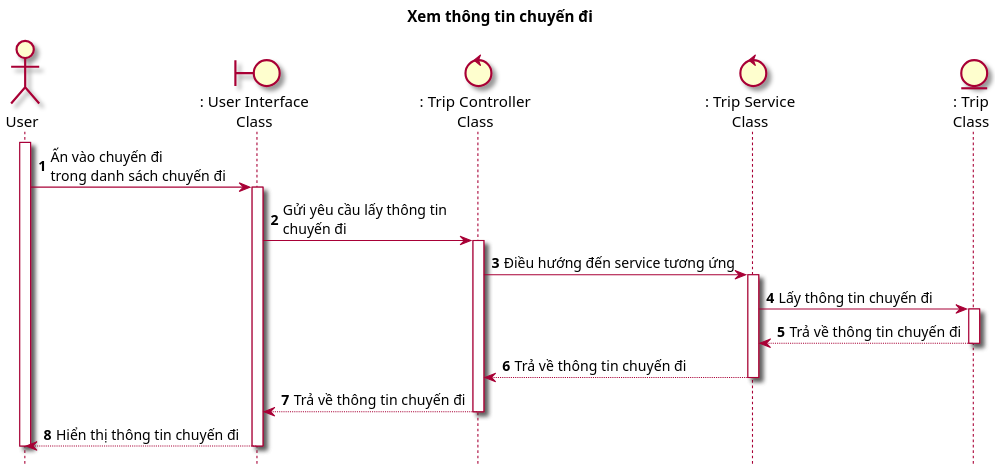
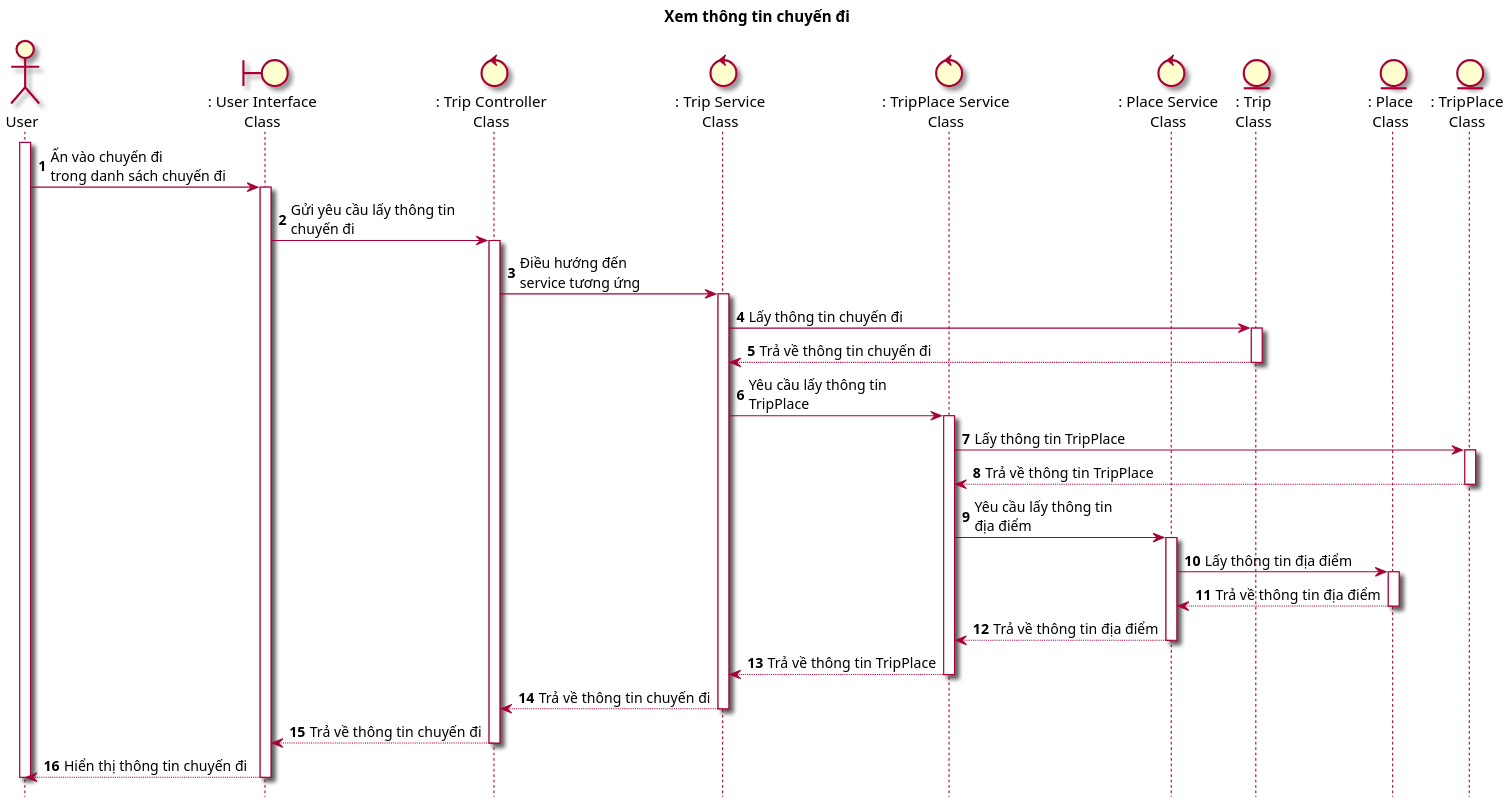
The diagram in Sequence/SEQ26_XemThongTinChuyenDi.puml (Griselda4774/WanderFun_Diagram), drawn with PlantUML before and after one commit.

Commit message:
update seq26

```diff
--- a/Sequence/SEQ26_XemThongTinChuyenDi.puml
+++ b/Sequence/SEQ26_XemThongTinChuyenDi.puml
@@ -1,27 +1,39 @@
 @startuml XemThongTinChuyenDi
 
 title Xem thông tin chuyến đi
 
 skin rose
 scale 2
 hide footbox
 
 actor User as user
 boundary ": User Interface\nClass" as ui
 control ": Trip Controller\nClass" as tc
 control ": Trip Service\nClass" as ts
+control ": TripPlace Service\nClass" as tps
+control ": Place Service\nClass" as ps
 entity ": Trip\nClass" as t
+entity ": Place\nClass" as p
+entity ": TripPlace\nClass" as tp
 
 autonumber
 user++
 user -> ui++ : Ấn vào chuyến đi\ntrong danh sách chuyến đi
 ui -> tc++ : Gửi yêu cầu lấy thông tin\nchuyến đi
-tc -> ts++ : Điều hướng đến service tương ứng
+tc -> ts++ : Điều hướng đến\nservice tương ứng
 ts -> t++ : Lấy thông tin chuyến đi
 t --> ts-- : Trả về thông tin chuyến đi
+ts -> tps++ : Yêu cầu lấy thông tin\nTripPlace
+tps -> tp++ : Lấy thông tin TripPlace
+tp --> tps-- : Trả về thông tin TripPlace
+tps -> ps++ : Yêu cầu lấy thông tin\nđịa điểm
+ps -> p++ : Lấy thông tin địa điểm
+p --> ps-- : Trả về thông tin địa điểm
+ps --> tps-- : Trả về thông tin địa điểm
+tps --> ts-- : Trả về thông tin TripPlace
 ts --> tc-- : Trả về thông tin chuyến đi
 tc --> ui-- : Trả về thông tin chuyến đi
 ui --> user-- : Hiển thị thông tin chuyến đi
 user--
 
 @enduml
```
